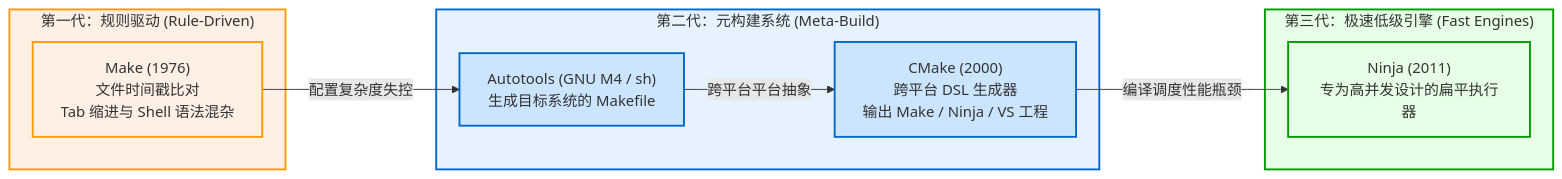
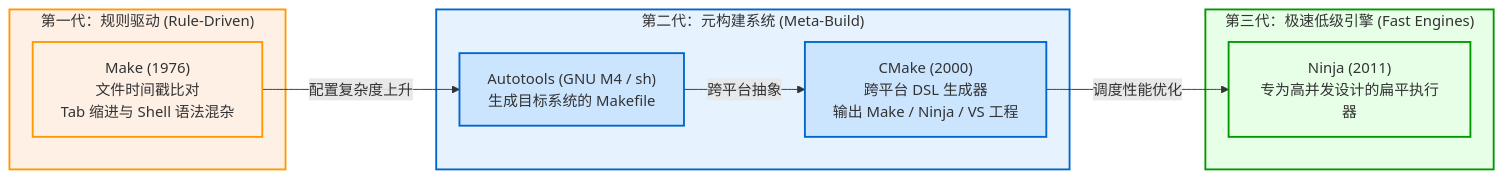
One commit to jiacai2050/zig-build changed the first of 2 diagrams in src/part1/history-and-pain-points.md. Above: the diagram before and after it, drawn with Mermaid. The commit also changed other lines of this file and 23 other files, not shown here.

````diff
--- a/src/part1/history-and-pain-points.md
+++ b/src/part1/history-and-pain-points.md
@@ -11,28 +11,28 @@
 ```mermaid
 graph LR
     subgraph S_Gen1 ["第一代：规则驱动 (Rule-Driven)"]
         G1_Make["Make (1976)<br/>文件时间戳比对<br/>Tab 缩进与 Shell 语法混杂"]
     end
 
     subgraph S_Gen2 ["第二代：元构建系统 (Meta-Build)"]
         G2_Auto["Autotools (GNU M4 / sh)<br/>生成目标系统的 Makefile"]
         G2_CMake["CMake (2000)<br/>跨平台 DSL 生成器<br/>输出 Make / Ninja / VS 工程"]
     end
 
     subgraph S_Gen3 ["第三代：极速低级引擎 (Fast Engines)"]
         G3_Ninja["Ninja (2011)<br/>专为高并发设计的扁平执行器"]
     end
 
-    G1_Make -- "配置复杂度失控" --> G2_Auto
-    G2_Auto -- "跨平台平台抽象" --> G2_CMake
-    G2_CMake -- "编译调度性能瓶颈" --> G3_Ninja
+    G1_Make -- "配置复杂度上升" --> G2_Auto
+    G2_Auto -- "跨平台抽象" --> G2_CMake
+    G2_CMake -- "调度性能优化" --> G3_Ninja
 
     classDef default fill:#f8f9fa,stroke:#495057;
     style S_Gen1 fill:#fff0e6,stroke:#ff9900,stroke-width:2px;
     style S_Gen2 fill:#e6f3ff,stroke:#0066cc,stroke-width:2px;
     style S_Gen3 fill:#e6ffe6,stroke:#009900,stroke-width:2px;
     style G1_Make fill:#fff0e6,stroke:#ff9900,stroke-width:2px;
     style G2_Auto fill:#cce5ff,stroke:#0066cc,stroke-width:2px;
     style G2_CMake fill:#cce5ff,stroke:#0066cc,stroke-width:2px;
     style G3_Ninja fill:#e6ffe6,stroke:#009900,stroke-width:2px;
 ```
````
